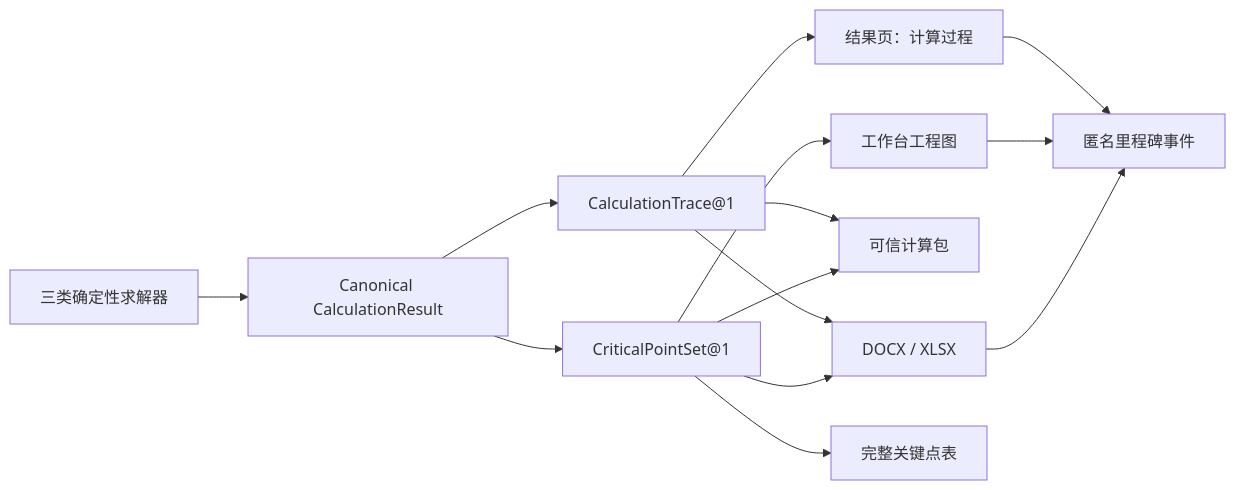
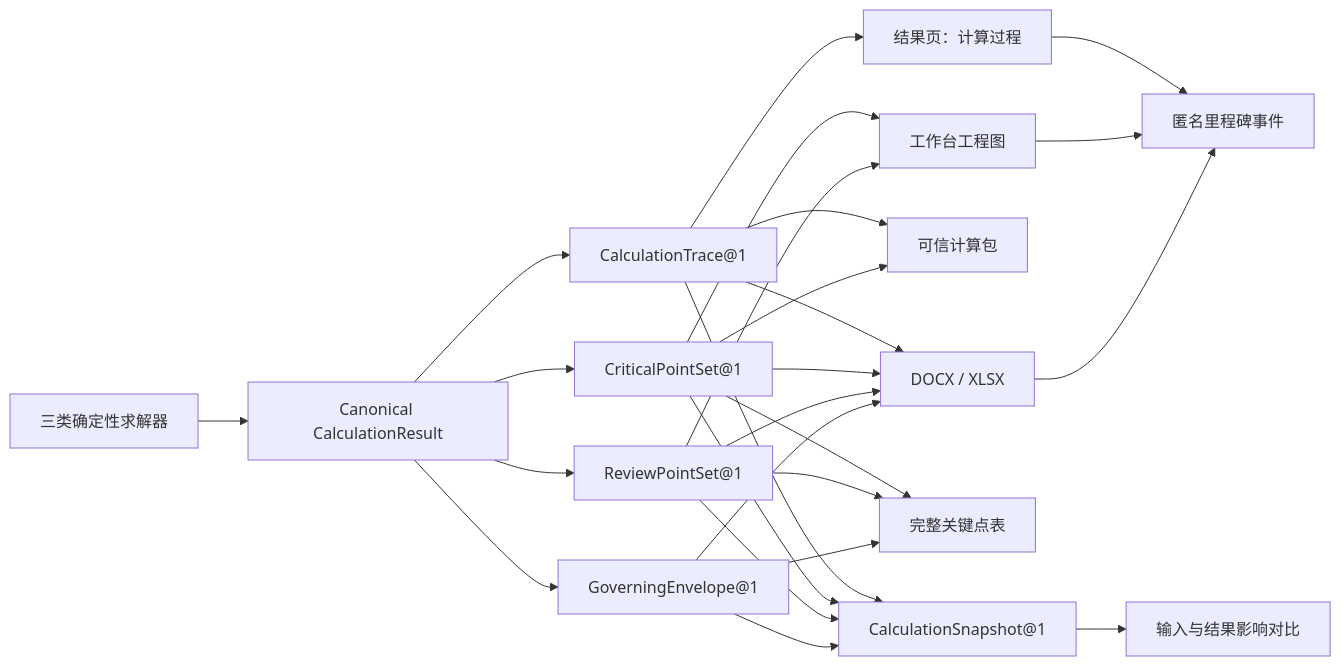
The diagram in docs/v1.8.0-plan.md (ArchSightLabs/archsight-solver), drawn with Mermaid before and after one commit. The commit also changed other lines of this file and 7 other files, not shown here.

````diff
--- a/docs/v1.8.0-plan.md
+++ b/docs/v1.8.0-plan.md
@@ -158,16 +192,28 @@
 ```mermaid
 flowchart LR
     A["三类确定性求解器"] --> B["Canonical CalculationResult"]
     B --> C["CalculationTrace@1"]
     B --> D["CriticalPointSet@1"]
+    B --> K["ReviewPointSet@1"]
+    B --> L["GoverningEnvelope@1"]
     C --> E["结果页：计算过程"]
     C --> F["DOCX / XLSX"]
     C --> G["可信计算包"]
     D --> H["工作台工程图"]
     D --> I["完整关键点表"]
     D --> F
     D --> G
+    K --> H
+    K --> I
+    K --> F
+    L --> I
+    L --> F
+    C --> M["CalculationSnapshot@1"]
+    D --> M
+    K --> M
+    L --> M
+    M --> N["输入与结果影响对比"]
     E --> J["匿名里程碑事件"]
     H --> J
     F --> J
 ```
````
